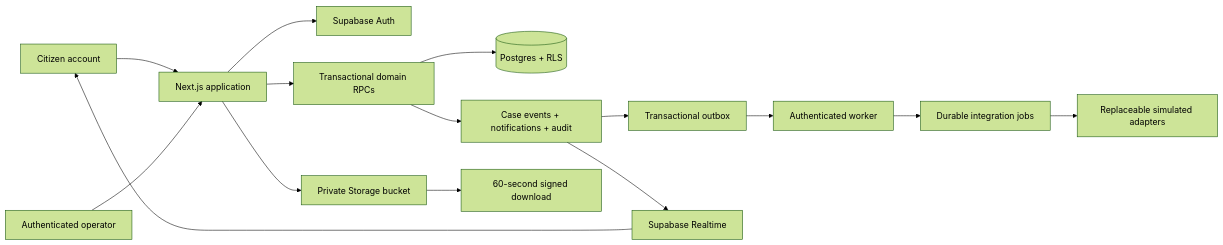
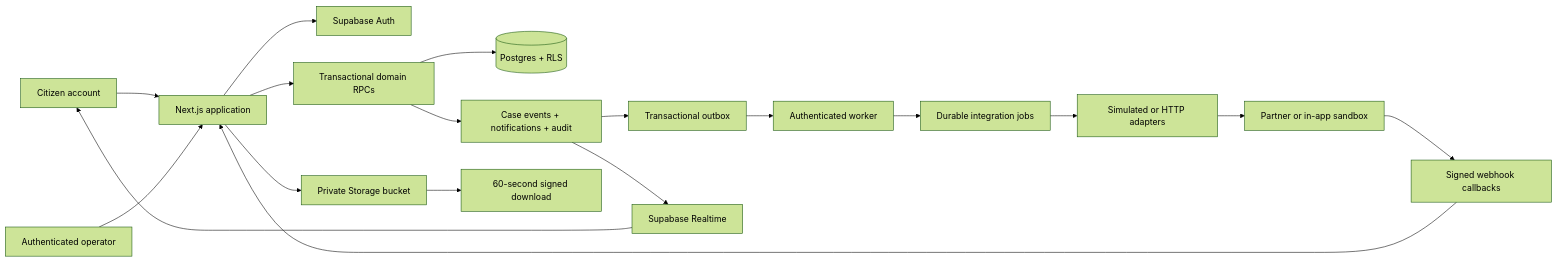
Before and after one commit to 36taransingh5-dotcom/ncrp-one-case: the diagram in ARCHITECTURE.md, drawn with Mermaid (forest theme). The commit also changed other lines of this file and 25 other files, not shown here.

First line of the commit message:
Add HTTP sandbox adapters, signed webhooks, and durable partner jobs

````diff
--- a/ARCHITECTURE.md
+++ b/ARCHITECTURE.md
@@ -3,17 +3,20 @@
 ```mermaid
 flowchart LR
   C[Citizen account] --> N[Next.js application]
   O[Authenticated operator] --> N
   N --> A[Supabase Auth]
   N --> D[Transactional domain RPCs]
   D --> P[(Postgres + RLS)]
   D --> E[Case events + notifications + audit]
   E --> X[Transactional outbox]
   E --> R[Supabase Realtime]
   R --> C
   X --> W[Authenticated worker]
   W --> J[Durable integration jobs]
-  J --> S[Replaceable simulated adapters]
+  J --> S[Simulated or HTTP adapters]
+  S --> P2[Partner or in-app sandbox]
+  P2 --> H[Signed webhook callbacks]
+  H --> N
   N --> B[Private Storage bucket]
   B --> U[60-second signed download]
 ```
````
